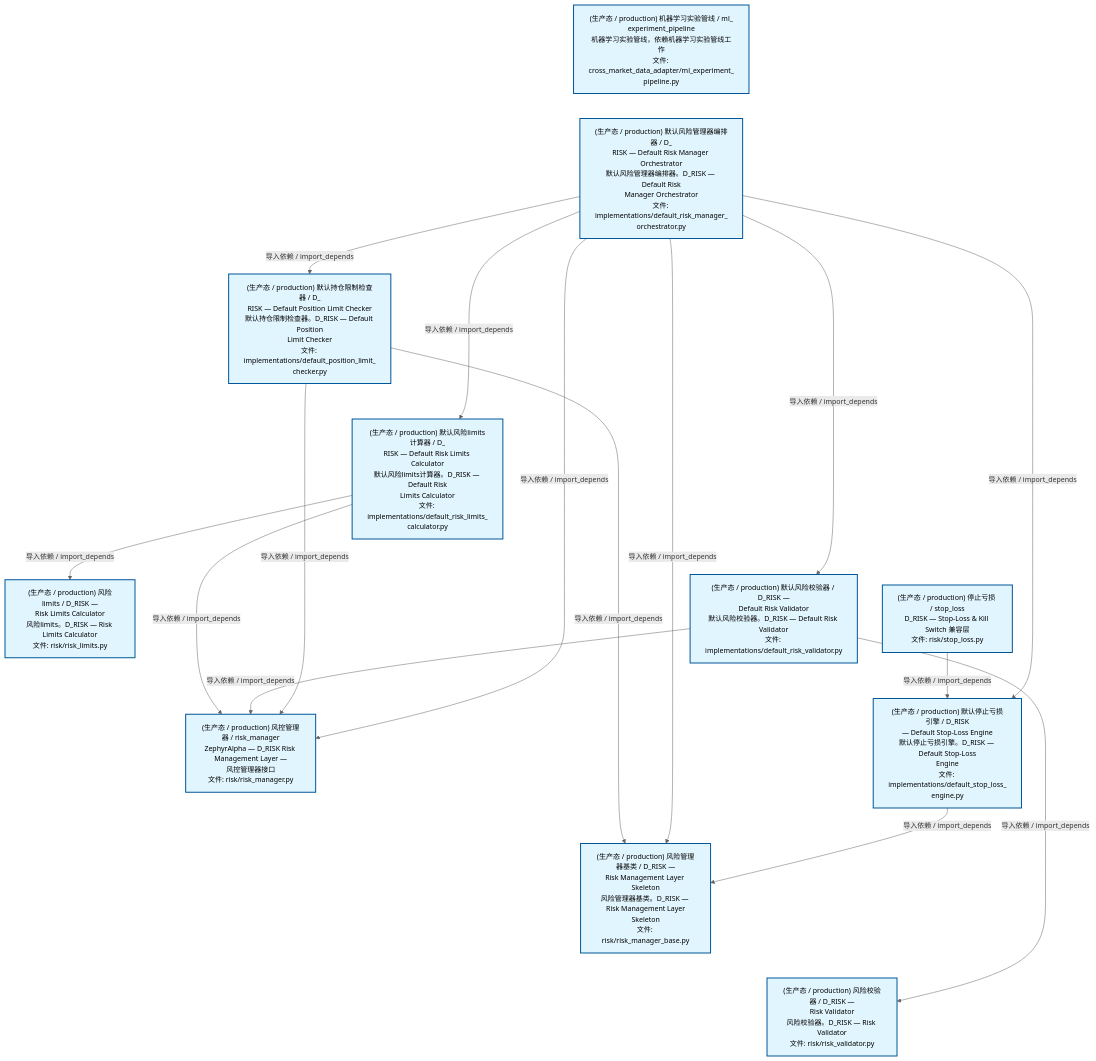
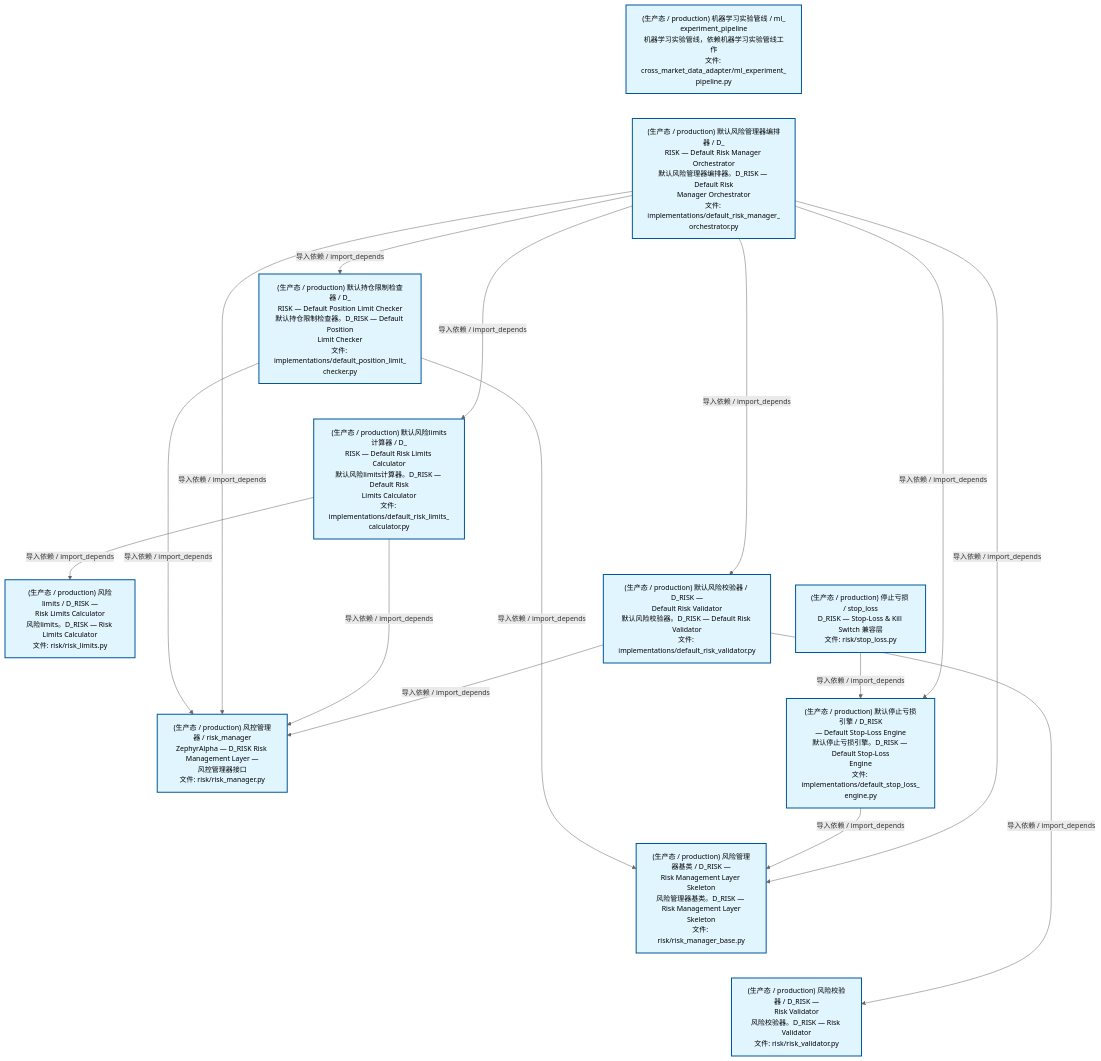
One commit to xuanFelixVan/ZephyrAlpha changed the second of 4 diagrams in docs/02_enterprise_architecture/02_domain_architecture_docs/65_d_risk.md. Above: the diagram before and after it, drawn with Mermaid. The commit also changed other lines of this file and 37 other files, not shown here.

````diff
--- a/docs/02_enterprise_architecture/02_domain_architecture_docs/65_d_risk.md
+++ b/docs/02_enterprise_architecture/02_domain_architecture_docs/65_d_risk.md
@@ -134,42 +134,42 @@
 ```mermaid
 %%{init: {'theme': 'base', 'themeVariables': {'primaryColor': '#eaeaea', 'primaryTextColor': '#333333', 'primaryBorderColor': '#666666', 'lineColor': '#666666', 'secondaryColor': '#eaeaea', 'tertiaryColor': '#eaeaea', 'fontSize': '14px'}}}%%
 flowchart TD
     src_zephyr_risk_cross_asset_cross_market_data_adapter_ml_experiment_pipeline_py["(生产态 / production) 机器学习实验管线 / ml_<br/>experiment_pipeline<br/>机器学习实验管线，依赖机器学习实验管线工作<br/>文件: cross_market_data_adapter/ml_experiment_<br/>pipeline.py"]
     src_zephyr_risk_implementations_default_risk_manager_orchestrator_py["(生产态 / production) 默认风险管理器编排器 / D_<br/>RISK — Default Risk Manager Orchestrator<br/>默认风险管理器编排器。D_RISK — Default Risk<br/>Manager Orchestrator<br/>文件: implementations/default_risk_manager_<br/>orchestrator.py"]
     src_zephyr_risk_stop_loss_py["(生产态 / production) 停止亏损 / stop_loss<br/>D_RISK — Stop-Loss & Kill Switch 兼容层<br/>文件: risk/stop_loss.py"]
     src_zephyr_risk_cross_asset_cross_market_data_adapter_ml_experiment_pipeline_py ~~~ src_zephyr_risk_implementations_default_risk_manager_orchestrator_py
     src_zephyr_risk_implementations_default_risk_manager_orchestrator_py ~~~ src_zephyr_risk_stop_loss_py
     src_zephyr_risk_implementations_default_position_limit_checker_py["(生产态 / production) 默认持仓限制检查器 / D_<br/>RISK — Default Position Limit Checker<br/>默认持仓限制检查器。D_RISK — Default Position<br/>Limit Checker<br/>文件: implementations/default_position_limit_<br/>checker.py"]
     src_zephyr_risk_implementations_default_risk_limits_calculator_py["(生产态 / production) 默认风险limits计算器 / D_<br/>RISK — Default Risk Limits Calculator<br/>默认风险limits计算器。D_RISK — Default Risk<br/>Limits Calculator<br/>文件: implementations/default_risk_limits_<br/>calculator.py"]
     src_zephyr_risk_implementations_default_risk_validator_py["(生产态 / production) 默认风险校验器 / D_RISK —<br/>Default Risk Validator<br/>默认风险校验器。D_RISK — Default Risk Validator<br/>文件: implementations/default_risk_validator.py"]
     src_zephyr_risk_implementations_default_stop_loss_engine_py["(生产态 / production) 默认停止亏损引擎 / D_RISK<br/>— Default Stop-Loss Engine<br/>默认停止亏损引擎。D_RISK — Default Stop-Loss<br/>Engine<br/>文件: implementations/default_stop_loss_<br/>engine.py"]
     src_zephyr_risk_implementations_default_position_limit_checker_py ~~~ src_zephyr_risk_implementations_default_risk_limits_calculator_py
     src_zephyr_risk_implementations_default_risk_limits_calculator_py ~~~ src_zephyr_risk_implementations_default_risk_validator_py
     src_zephyr_risk_implementations_default_risk_validator_py ~~~ src_zephyr_risk_implementations_default_stop_loss_engine_py
     src_zephyr_risk_risk_limits_py["(生产态 / production) 风险limits / D_RISK —<br/>Risk Limits Calculator<br/>风险limits。D_RISK — Risk Limits Calculator<br/>文件: risk/risk_limits.py"]
     src_zephyr_risk_risk_manager_py["(生产态 / production) 风控管理器 / risk_manager<br/>ZephyrAlpha — D_RISK Risk Management Layer —<br/>风控管理器接口<br/>文件: risk/risk_manager.py"]
     src_zephyr_risk_risk_manager_base_py["(生产态 / production) 风险管理器基类 / D_RISK —<br/>Risk Management Layer Skeleton<br/>风险管理器基类。D_RISK — Risk Management Layer<br/>Skeleton<br/>文件: risk/risk_manager_base.py"]
     src_zephyr_risk_risk_validator_py["(生产态 / production) 风险校验器 / D_RISK —<br/>Risk Validator<br/>风险校验器。D_RISK — Risk Validator<br/>文件: risk/risk_validator.py"]
     src_zephyr_risk_risk_limits_py ~~~ src_zephyr_risk_risk_manager_py
     src_zephyr_risk_risk_manager_py ~~~ src_zephyr_risk_risk_manager_base_py
     src_zephyr_risk_risk_manager_base_py ~~~ src_zephyr_risk_risk_validator_py
     src_zephyr_risk_stop_loss_py -->|导入依赖 / import_depends| src_zephyr_risk_implementations_default_stop_loss_engine_py
+    src_zephyr_risk_implementations_default_position_limit_checker_py -->|导入依赖 / import_depends| src_zephyr_risk_risk_manager_py
+    src_zephyr_risk_implementations_default_position_limit_checker_py -->|导入依赖 / import_depends| src_zephyr_risk_risk_manager_base_py
+    src_zephyr_risk_implementations_default_stop_loss_engine_py -->|导入依赖 / import_depends| src_zephyr_risk_risk_manager_base_py
+    src_zephyr_risk_implementations_default_risk_manager_orchestrator_py -->|导入依赖 / import_depends| src_zephyr_risk_risk_manager_py
+    src_zephyr_risk_implementations_default_risk_manager_orchestrator_py -->|导入依赖 / import_depends| src_zephyr_risk_risk_manager_base_py
+    src_zephyr_risk_implementations_default_risk_manager_orchestrator_py -->|导入依赖 / import_depends| src_zephyr_risk_implementations_default_position_limit_checker_py
+    src_zephyr_risk_implementations_default_risk_manager_orchestrator_py -->|导入依赖 / import_depends| src_zephyr_risk_implementations_default_stop_loss_engine_py
+    src_zephyr_risk_implementations_default_risk_manager_orchestrator_py -->|导入依赖 / import_depends| src_zephyr_risk_implementations_default_risk_limits_calculator_py
+    src_zephyr_risk_implementations_default_risk_manager_orchestrator_py -->|导入依赖 / import_depends| src_zephyr_risk_implementations_default_risk_validator_py
     src_zephyr_risk_implementations_default_risk_limits_calculator_py -->|导入依赖 / import_depends| src_zephyr_risk_risk_manager_py
     src_zephyr_risk_implementations_default_risk_limits_calculator_py -->|导入依赖 / import_depends| src_zephyr_risk_risk_limits_py
     src_zephyr_risk_implementations_default_risk_validator_py -->|导入依赖 / import_depends| src_zephyr_risk_risk_manager_py
     src_zephyr_risk_implementations_default_risk_validator_py -->|导入依赖 / import_depends| src_zephyr_risk_risk_validator_py
-    src_zephyr_risk_implementations_default_position_limit_checker_py -->|导入依赖 / import_depends| src_zephyr_risk_risk_manager_py
-    src_zephyr_risk_implementations_default_position_limit_checker_py -->|导入依赖 / import_depends| src_zephyr_risk_risk_manager_base_py
-    src_zephyr_risk_implementations_default_risk_manager_orchestrator_py -->|导入依赖 / import_depends| src_zephyr_risk_risk_manager_py
-    src_zephyr_risk_implementations_default_risk_manager_orchestrator_py -->|导入依赖 / import_depends| src_zephyr_risk_risk_manager_base_py
-    src_zephyr_risk_implementations_default_risk_manager_orchestrator_py -->|导入依赖 / import_depends| src_zephyr_risk_implementations_default_risk_limits_calculator_py
-    src_zephyr_risk_implementations_default_risk_manager_orchestrator_py -->|导入依赖 / import_depends| src_zephyr_risk_implementations_default_risk_validator_py
-    src_zephyr_risk_implementations_default_risk_manager_orchestrator_py -->|导入依赖 / import_depends| src_zephyr_risk_implementations_default_position_limit_checker_py
-    src_zephyr_risk_implementations_default_risk_manager_orchestrator_py -->|导入依赖 / import_depends| src_zephyr_risk_implementations_default_stop_loss_engine_py
-    src_zephyr_risk_implementations_default_stop_loss_engine_py -->|导入依赖 / import_depends| src_zephyr_risk_risk_manager_base_py
     classDef production fill:#e1f5fe,stroke:#01579b,stroke-width:2px,color:#000
     classDef design fill:#fff3e0,stroke:#e65100,stroke-width:2px,color:#000,stroke-dasharray: 5 5
     classDef external_prod fill:#e8f4fd,stroke:#0277bd,stroke-width:1px,color:#000
     classDef external_design fill:#fff8e7,stroke:#ef6c00,stroke-width:1px,color:#000,stroke-dasharray: 5 5
     class src_zephyr_risk_cross_asset_cross_market_data_adapter_ml_experiment_pipeline_py,src_zephyr_risk_implementations_default_position_limit_checker_py,src_zephyr_risk_implementations_default_risk_limits_calculator_py,src_zephyr_risk_implementations_default_risk_manager_orchestrator_py,src_zephyr_risk_implementations_default_risk_validator_py,src_zephyr_risk_implementations_default_stop_loss_engine_py,src_zephyr_risk_risk_limits_py,src_zephyr_risk_risk_manager_py,src_zephyr_risk_risk_manager_base_py,src_zephyr_risk_risk_validator_py,src_zephyr_risk_stop_loss_py production
 ```
````
